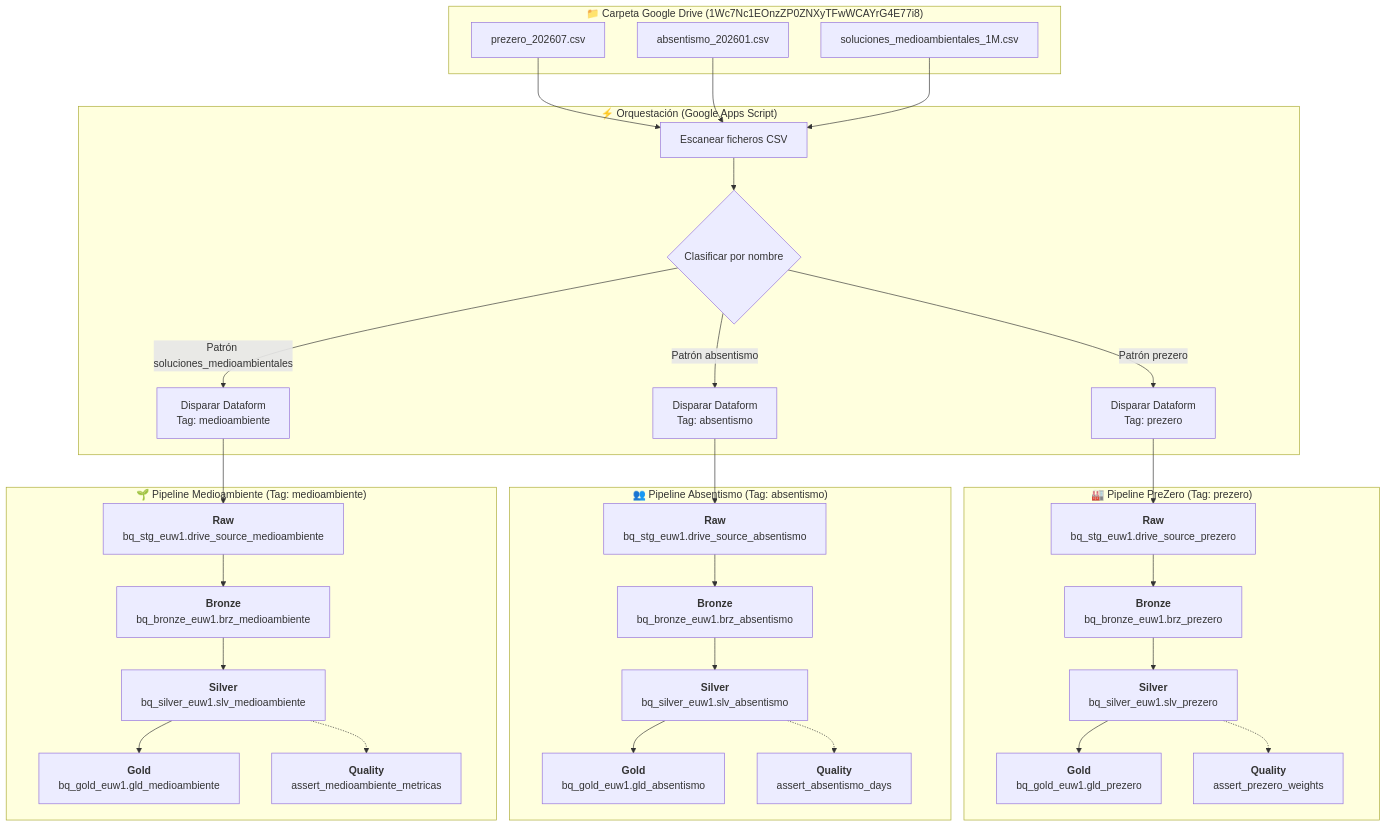
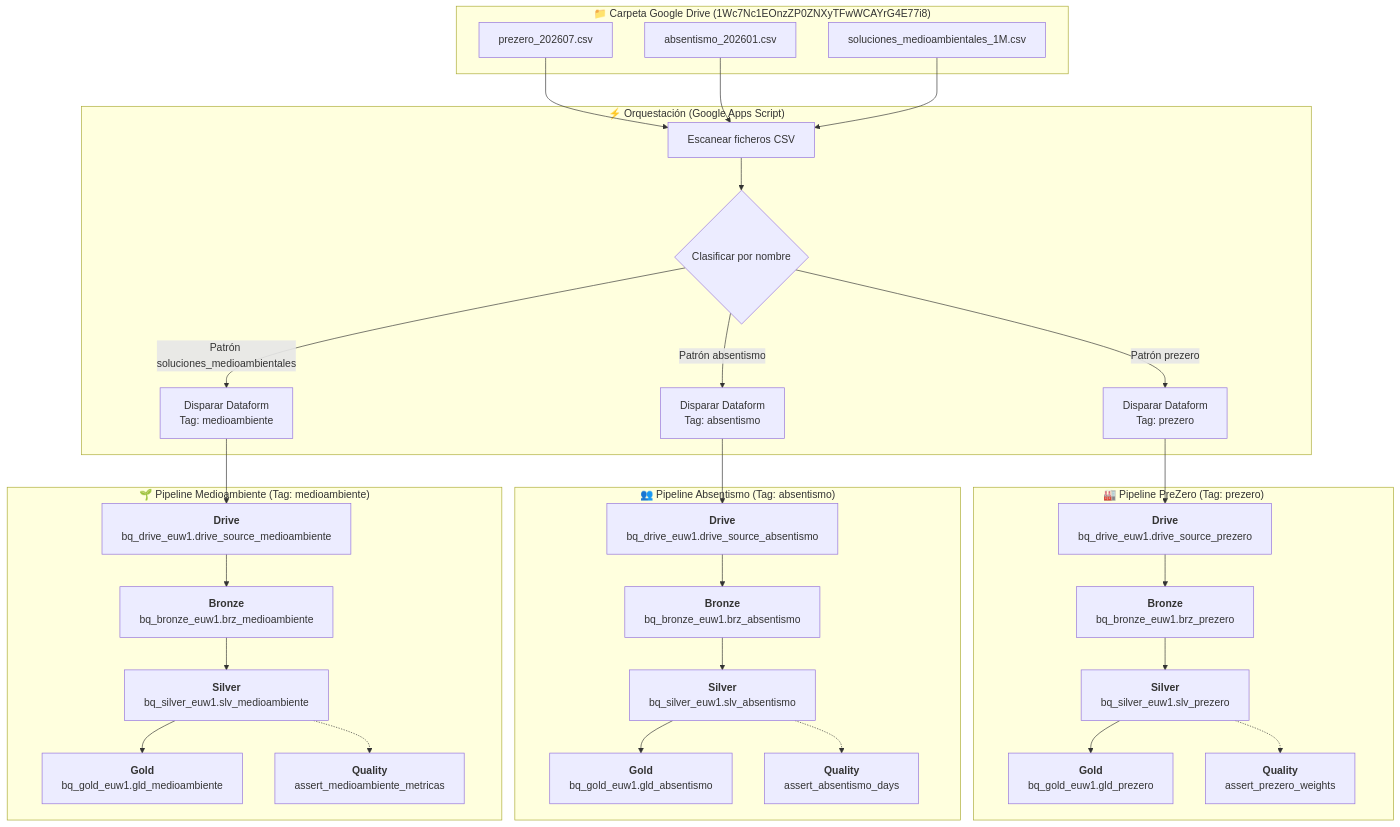
The diagram in README.md (belen-torres-dvt/dataform-preZero), drawn with Mermaid before and after one commit. The commit also changed other lines of this file and 7 other files, not shown here.

````diff
--- a/README.md
+++ b/README.md
@@ -42,57 +42,57 @@
 ```mermaid
 flowchart TD
     subgraph Drive["📁 Carpeta Google Drive (1Wc7Nc1EOnzZP0ZNXyTFwWCAYrG4E77i8)"]
         F1["prezero_202607.csv"]
         F2["absentismo_202601.csv"]
         F3["soluciones_medioambientales_1M.csv"]
     end
 
     subgraph AS["⚡ Orquestación (Google Apps Script)"]
         Scanner["Escanear ficheros CSV"]
         Mapper{"Clasificar por nombre"}
         RunPreZero["Disparar Dataform<br/>Tag: prezero"]
         RunAbsentismo["Disparar Dataform<br/>Tag: absentismo"]
         RunMedioAmbiente["Disparar Dataform<br/>Tag: medioambiente"]
     end
 
     subgraph DF_PZ["🏭 Pipeline PreZero (Tag: prezero)"]
-        PZ_Raw["<b>Raw</b><br/>bq_stg_euw1.drive_source_prezero"]
+        PZ_Raw["<b>Drive</b><br/>bq_drive_euw1.drive_source_prezero"]
         PZ_Brz["<b>Bronze</b><br/>bq_bronze_euw1.brz_prezero"]
         PZ_Slv["<b>Silver</b><br/>bq_silver_euw1.slv_prezero"]
         PZ_Gld["<b>Gold</b><br/>bq_gold_euw1.gld_prezero"]
         PZ_Ass["<b>Quality</b><br/>assert_prezero_weights"]
     end
 
     subgraph DF_AB["👥 Pipeline Absentismo (Tag: absentismo)"]
-        AB_Raw["<b>Raw</b><br/>bq_stg_euw1.drive_source_absentismo"]
+        AB_Raw["<b>Drive</b><br/>bq_drive_euw1.drive_source_absentismo"]
         AB_Brz["<b>Bronze</b><br/>bq_bronze_euw1.brz_absentismo"]
         AB_Slv["<b>Silver</b><br/>bq_silver_euw1.slv_absentismo"]
         AB_Gld["<b>Gold</b><br/>bq_gold_euw1.gld_absentismo"]
         AB_Ass["<b>Quality</b><br/>assert_absentismo_days"]
     end
 
     subgraph DF_MA["🌱 Pipeline Medioambiente (Tag: medioambiente)"]
-        MA_Raw["<b>Raw</b><br/>bq_stg_euw1.drive_source_medioambiente"]
+        MA_Raw["<b>Drive</b><br/>bq_drive_euw1.drive_source_medioambiente"]
         MA_Brz["<b>Bronze</b><br/>bq_bronze_euw1.brz_medioambiente"]
         MA_Slv["<b>Silver</b><br/>bq_silver_euw1.slv_medioambiente"]
         MA_Gld["<b>Gold</b><br/>bq_gold_euw1.gld_medioambiente"]
         MA_Ass["<b>Quality</b><br/>assert_medioambiente_metricas"]
     end
 
     F1 --> Scanner
     F2 --> Scanner
     F3 --> Scanner
     Scanner --> Mapper
     Mapper -->|Patrón prezero| RunPreZero
     Mapper -->|Patrón absentismo| RunAbsentismo
     Mapper -->|Patrón soluciones_medioambientales| RunMedioAmbiente
 
     RunPreZero --> PZ_Raw --> PZ_Brz --> PZ_Slv --> PZ_Gld
     PZ_Slv -.-> PZ_Ass
 
     RunAbsentismo --> AB_Raw --> AB_Brz --> AB_Slv --> AB_Gld
     AB_Slv -.-> AB_Ass
 
     RunMedioAmbiente --> MA_Raw --> MA_Brz --> MA_Slv --> MA_Gld
     MA_Slv -.-> MA_Ass
 ```
````
